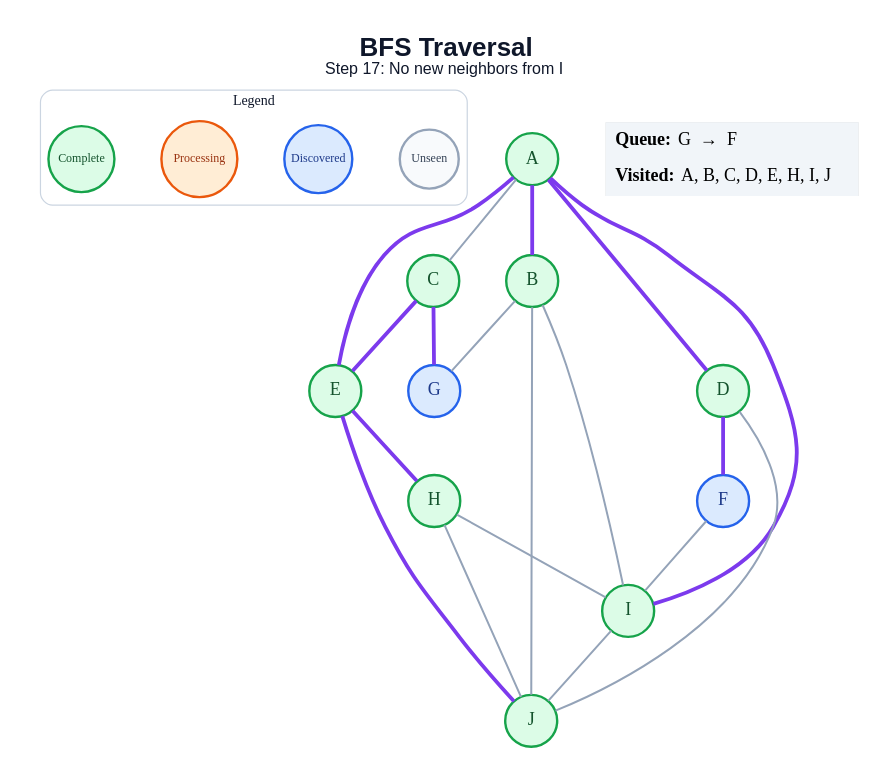
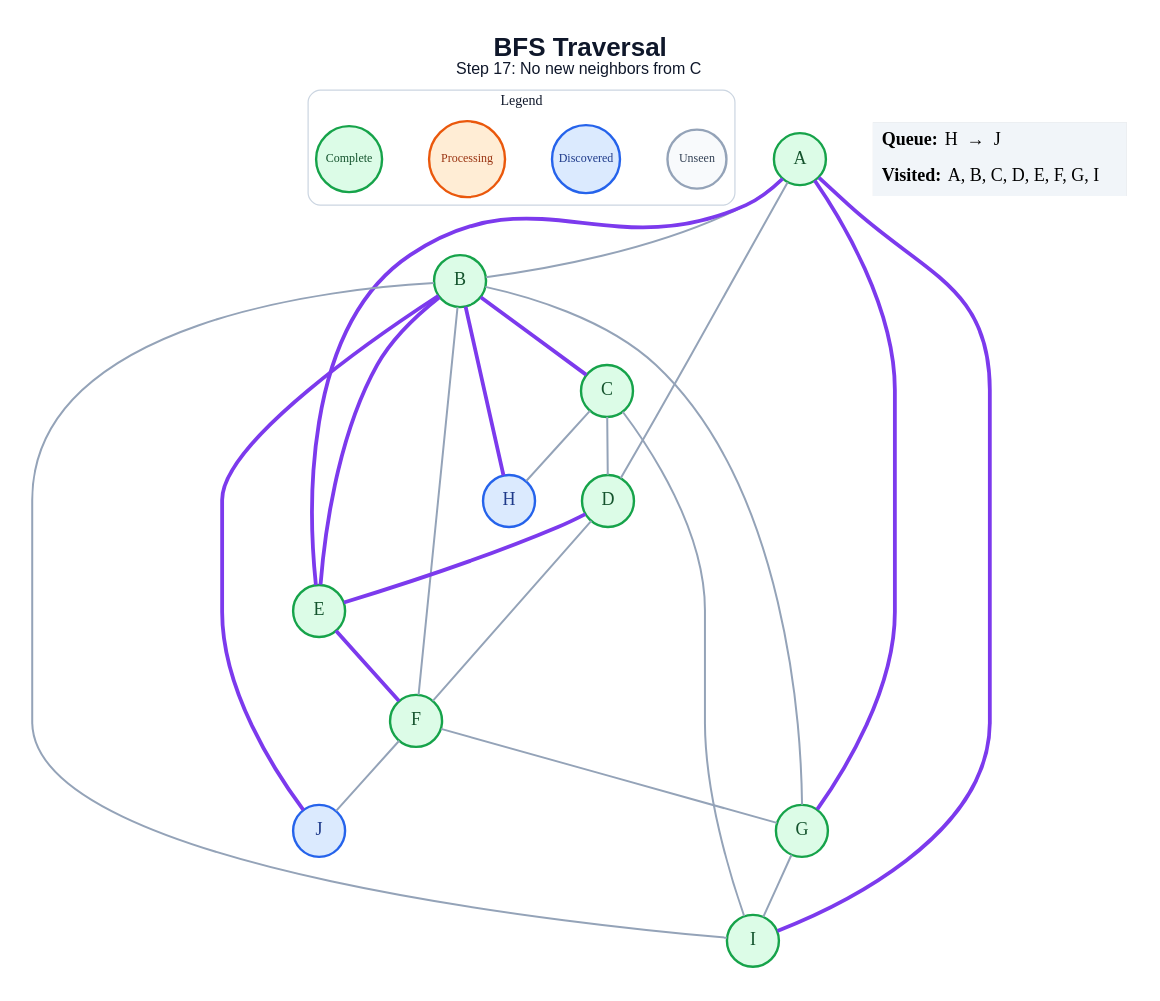
Before and after one commit to amanghodawala9/ai-slop: the diagram in generated/specific-node/bfs/step_17.dot, drawn with Graphviz. The commit also changed 178 other files, not shown here.

```diff
--- a/generated/specific-node/bfs/step_17.dot
+++ b/generated/specific-node/bfs/step_17.dot
@@ -1,47 +1,50 @@
 graph traversal {
   graph [layout=dot, rankdir=TB, bgcolor="#FFFFFF", pad="0.35", nodesep="0.65", ranksep="0.8", fontname="Arial"];
   node [shape=circle, style="filled", fontname="Arial Bold", fontsize=18, width=0.72, fixedsize=true, penwidth=2.4];
   edge [color="#94A3B8", penwidth=2.0];
-  label=<<B>BFS Traversal</B><BR/><FONT POINT-SIZE="16">Step 17: No new neighbors from I</FONT>>; labelloc="t"; fontsize=26; fontname="Arial"; fontcolor="#0F172A";
+  label=<<B>BFS Traversal</B><BR/><FONT POINT-SIZE="16">Step 17: No new neighbors from C</FONT>>; labelloc="t"; fontsize=26; fontname="Arial"; fontcolor="#0F172A";
   subgraph cluster_legend { label="Legend"; color="#CBD5E1"; penwidth=1.2; style="rounded"; fontsize=14; fontname="Arial Bold";
     key_unseen [label="Unseen", fillcolor="#F8FAFC", color="#94A3B8", fontcolor="#334155", fontsize=12, width=0.82];
     key_frontier [label="Discovered", fillcolor="#DBEAFE", color="#2563EB", fontcolor="#1E3A8A", fontsize=12, width=0.95];
     key_current [label="Processing", fillcolor="#FFEDD5", color="#EA580C", fontcolor="#9A3412", fontsize=12, width=1.05];
     key_done [label="Complete", fillcolor="#DCFCE7", color="#16A34A", fontcolor="#14532D", fontsize=12, width=0.92];
     { rank=same; key_unseen; key_frontier; key_current; key_done; }
   }
   A [fillcolor="#DCFCE7", color="#16A34A", fontcolor="#14532D"];
   B [fillcolor="#DCFCE7", color="#16A34A", fontcolor="#14532D"];
   C [fillcolor="#DCFCE7", color="#16A34A", fontcolor="#14532D"];
   D [fillcolor="#DCFCE7", color="#16A34A", fontcolor="#14532D"];
   E [fillcolor="#DCFCE7", color="#16A34A", fontcolor="#14532D"];
-  F [fillcolor="#DBEAFE", color="#2563EB", fontcolor="#1E3A8A"];
-  G [fillcolor="#DBEAFE", color="#2563EB", fontcolor="#1E3A8A"];
-  H [fillcolor="#DCFCE7", color="#16A34A", fontcolor="#14532D"];
+  F [fillcolor="#DCFCE7", color="#16A34A", fontcolor="#14532D"];
+  G [fillcolor="#DCFCE7", color="#16A34A", fontcolor="#14532D"];
+  H [fillcolor="#DBEAFE", color="#2563EB", fontcolor="#1E3A8A"];
   I [fillcolor="#DCFCE7", color="#16A34A", fontcolor="#14532D"];
-  J [fillcolor="#DCFCE7", color="#16A34A", fontcolor="#14532D"];
-  A -- B [color="#7C3AED", penwidth=3.8];
-  A -- C;
-  A -- D [color="#7C3AED", penwidth=3.8];
+  J [fillcolor="#DBEAFE", color="#2563EB", fontcolor="#1E3A8A"];
+  A -- B;
+  A -- D;
   A -- E [color="#7C3AED", penwidth=3.8];
+  A -- G [color="#7C3AED", penwidth=3.8];
   A -- I [color="#7C3AED", penwidth=3.8];
+  B -- C [color="#7C3AED", penwidth=3.8];
+  B -- E [color="#7C3AED", penwidth=3.8];
+  B -- F;
   B -- G;
+  B -- H [color="#7C3AED", penwidth=3.8];
   B -- I;
-  B -- J;
-  C -- E [color="#7C3AED", penwidth=3.8];
-  C -- G [color="#7C3AED", penwidth=3.8];
-  D -- F [color="#7C3AED", penwidth=3.8];
-  D -- J;
-  E -- H [color="#7C3AED", penwidth=3.8];
-  E -- J [color="#7C3AED", penwidth=3.8];
-  F -- I;
-  H -- I;
-  H -- J;
-  I -- J;
+  B -- J [color="#7C3AED", penwidth=3.8];
+  C -- D;
+  C -- H;
+  C -- I;
+  D -- E [color="#7C3AED", penwidth=3.8];
+  D -- F;
+  E -- F [color="#7C3AED", penwidth=3.8];
+  F -- G;
+  F -- J;
+  G -- I;
   status [shape=plain, fixedsize=false, width=0, height=0, margin=0, label=<
     <TABLE BORDER="0" CELLBORDER="0" CELLPADDING="7" BGCOLOR="#F1F5F9">
-      <TR><TD ALIGN="LEFT"><B>Queue:</B> G  →  F</TD></TR>
-      <TR><TD ALIGN="LEFT"><B>Visited:</B> A, B, C, D, E, H, I, J</TD></TR>
+      <TR><TD ALIGN="LEFT"><B>Queue:</B> H  →  J</TD></TR>
+      <TR><TD ALIGN="LEFT"><B>Visited:</B> A, B, C, D, E, F, G, I</TD></TR>
     </TABLE>
   >];
 }
```
